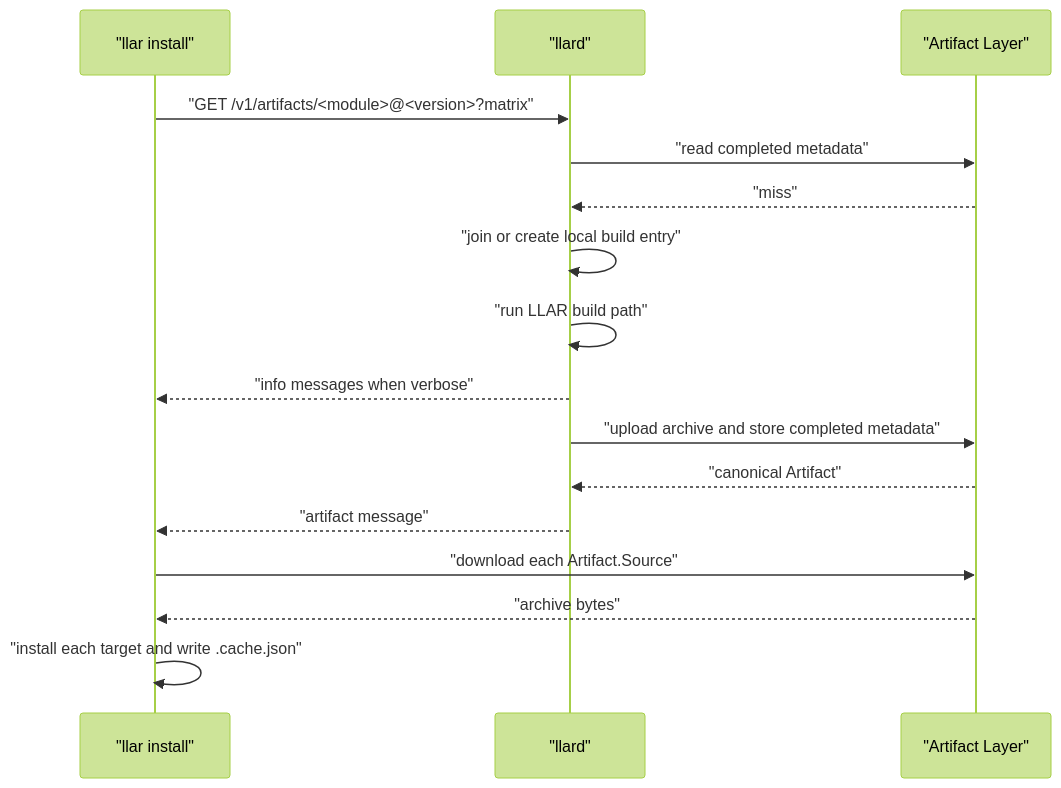
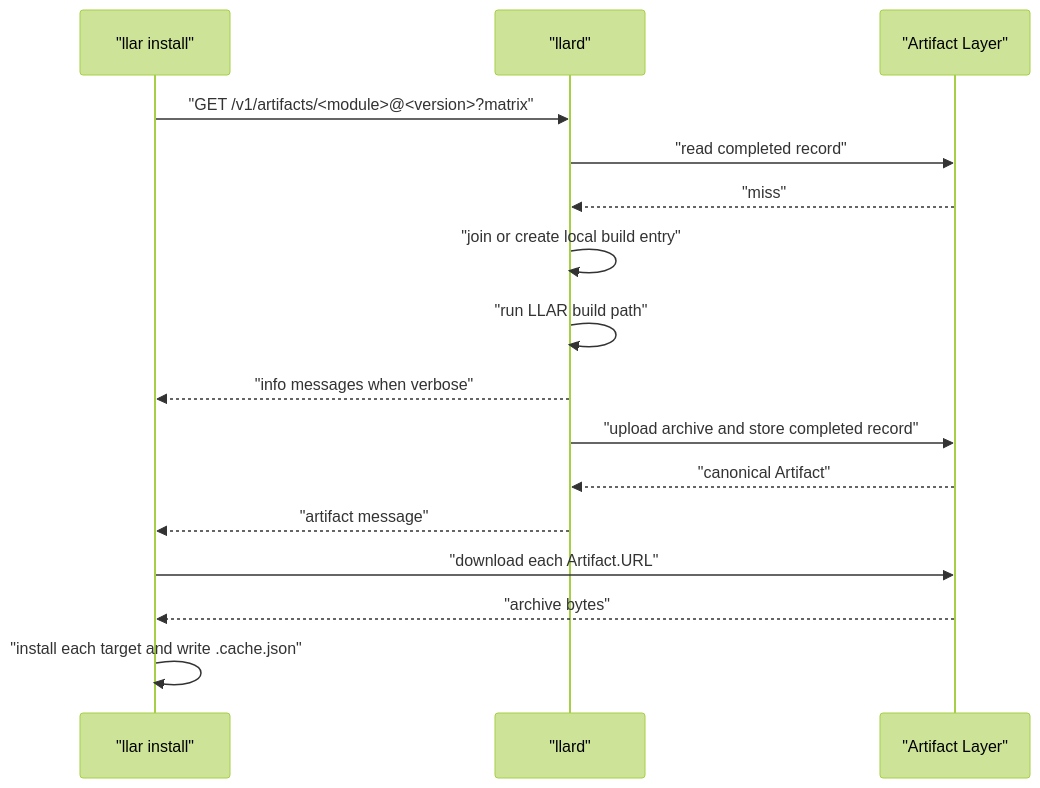
Before and after one commit to MeteorsLiu/llar: the third of 6 diagrams in docs/superpowers/specs/2026-06-08-cloud-build-worker-architecture.md, drawn with Mermaid (forest theme). The commit also changed other lines of this file and 6 other files, not shown here.

````diff
--- a/docs/superpowers/specs/2026-06-08-cloud-build-worker-architecture.md
+++ b/docs/superpowers/specs/2026-06-08-cloud-build-worker-architecture.md
@@ -434,19 +293,19 @@
 ```mermaid
 sequenceDiagram
   participant Client as "llar install"
   participant Llard as "llard"
   participant Artifact as "Artifact Layer"
 
   Client->>Llard: "GET /v1/artifacts/<module>@<version>?matrix"
-  Llard->>Artifact: "read completed metadata"
+  Llard->>Artifact: "read completed record"
   Artifact-->>Llard: "miss"
   Llard->>Llard: "join or create local build entry"
   Llard->>Llard: "run LLAR build path"
   Llard-->>Client: "info messages when verbose"
-  Llard->>Artifact: "upload archive and store completed metadata"
+  Llard->>Artifact: "upload archive and store completed record"
   Artifact-->>Llard: "canonical Artifact"
   Llard-->>Client: "artifact message"
-  Client->>Artifact: "download each Artifact.Source"
+  Client->>Artifact: "download each Artifact.URL"
   Artifact-->>Client: "archive bytes"
   Client->>Client: "install each target and write .cache.json"
 ```
````
